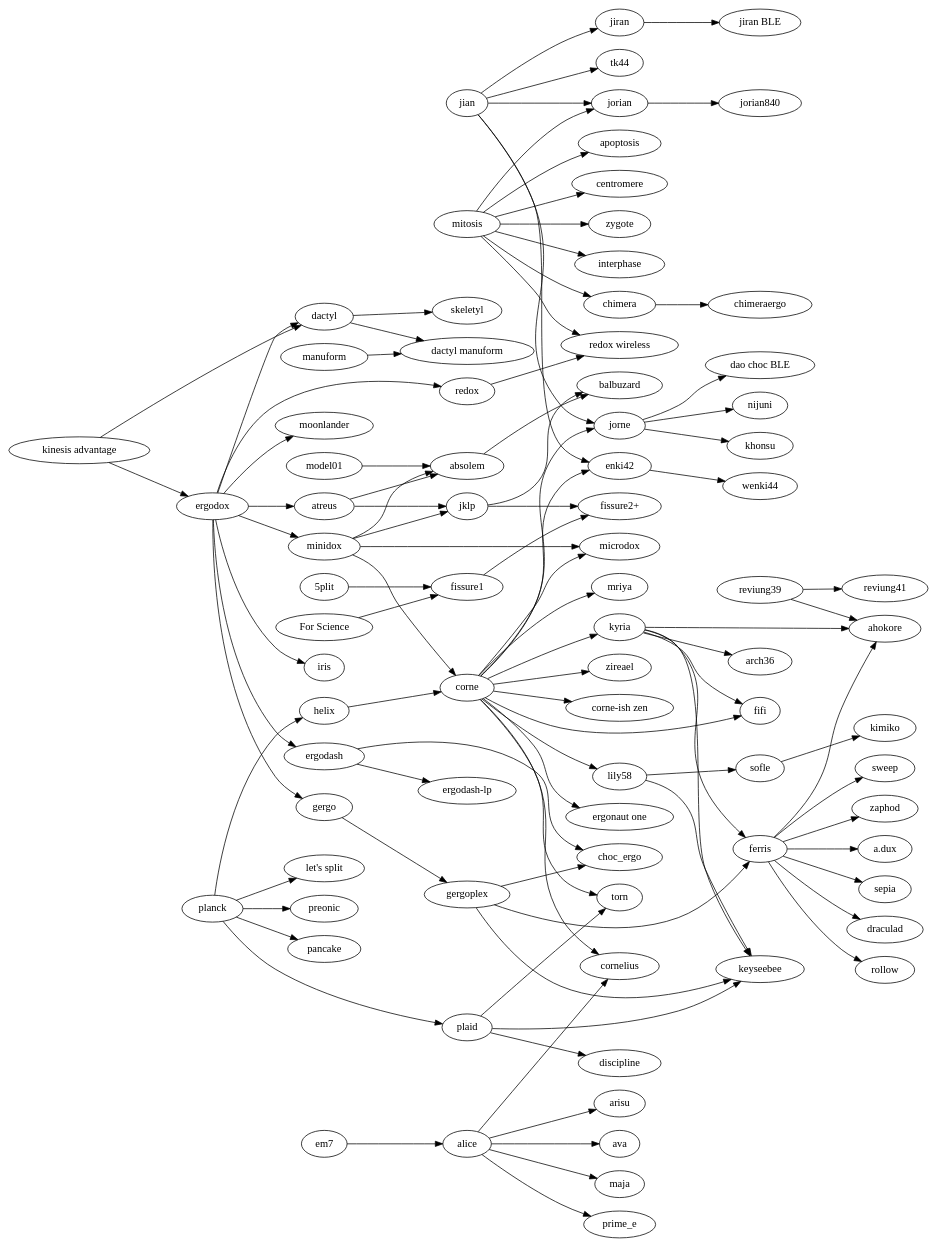
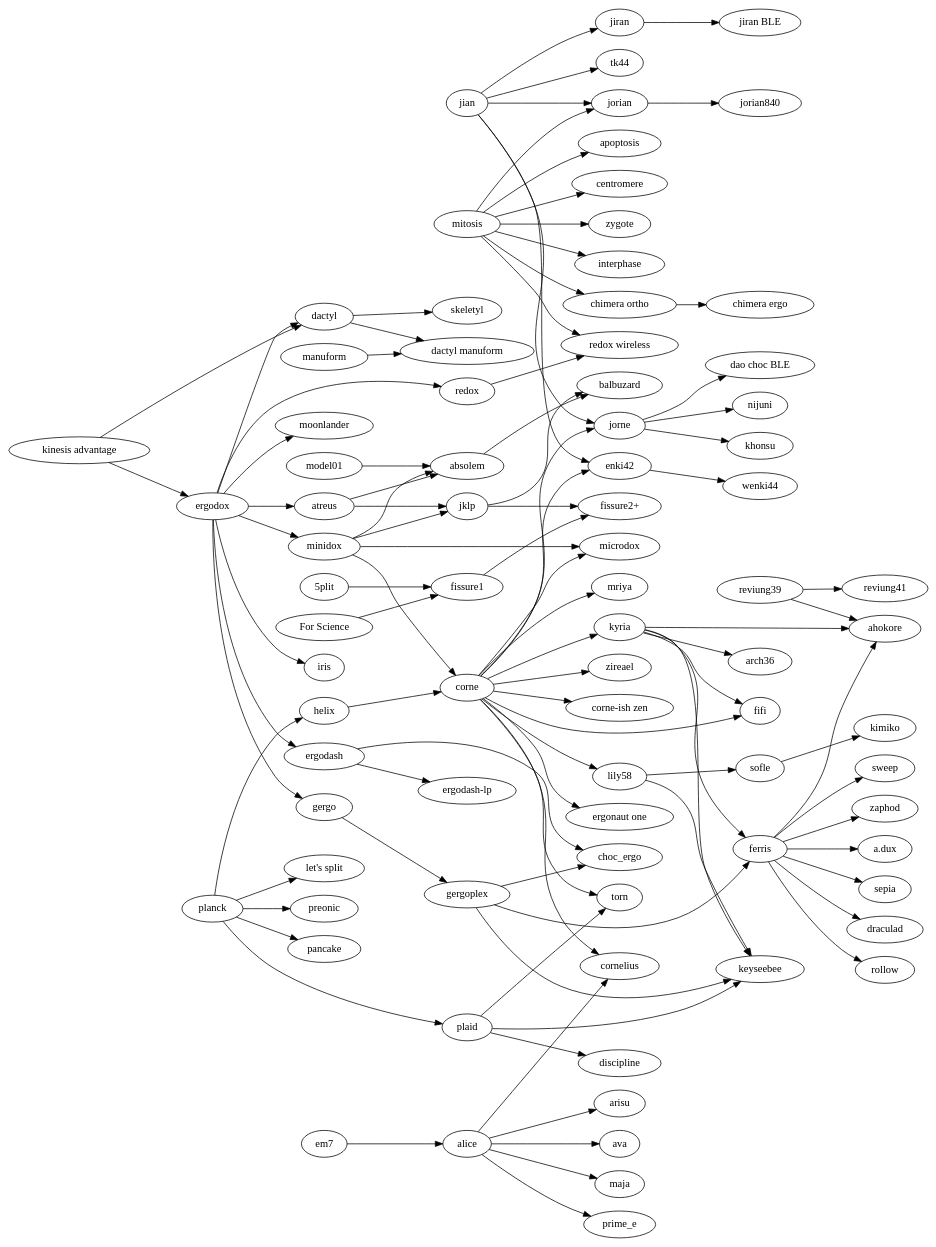
One commit to joric/graph changed the diagram in tree.gv. Above: the diagram before and after it, drawn with Graphviz.

```diff
--- a/tree.gv
+++ b/tree.gv
@@ -1,168 +1,168 @@
 digraph {
   rankdir=LR;
 
   subgraph splits {
     helix -> corne;
     enki42->wenki44;
     jiran->"jiran BLE";
     jorian->jorian840;
     redox->"redox wireless";
-    chimera->chimeraergo;
+    "chimera ortho"->"chimera ergo";
     em7->alice;
 
     jian -> {
       jorian;
       jorne;
       jiran;
       enki42;
       tk44;
     }
 
     jorne -> {
       nijuni;
       khonsu;
       "dao choc BLE";
     }
 
     mitosis -> {
       apoptosis;
       "redox wireless";
       centromere;
       zygote;
-      chimera;
+      "chimera ortho";
       interphase;
       jorian;
     }
 
     corne -> {
       "corne-ish zen";
       cornelius;
       fifi;
       kyria;
       lily58;
       microdox;
       torn;
       jorne;
       "ergonaut one";
       mriya;
       zireael;
       enki42;
     };
 
     lily58 -> {
       keyseebee;
       sofle;
     };
 
     kyria -> {
         ahokore;
         arch36;
         ferris;
         fifi;
         keyseebee;
     };
 
     "kinesis advantage" -> {
       ergodox;
       dactyl;
     };
 
     ergodox -> {
       atreus;
       dactyl;
       ergodash;
       gergo;
       iris;
       minidox;
       moonlander;
       redox;
     };
 
     ergodash -> {
       "ergodash-lp";
       choc_ergo;
     };
 
     gergo -> gergoplex;
     gergoplex -> {
       choc_ergo;
       ferris;
       keyseebee;
     };
 
     ferris -> {
       ahokore;
       sepia;
       draculad;
       rollow;
       sweep;
       zaphod;
       "a.dux";
     };
 
     manuform -> "dactyl manuform";
 
     minidox -> {
       absolem;
       corne;
       microdox;
       jklp;
     };
 
     model01 -> {
       absolem;
     };
 
     sofle -> kimiko;
 
     "5plit" -> "fissure1";
     "For Science" -> "fissure1";
     fissure1 -> "fissure2+";
     jklp -> "fissure2+";
   }
 
   subgraph unibody {
     atreus -> {
       absolem;
       jklp;
     };
     jklp -> balbuzard;
     absolem -> balbuzard;
     reviung39 -> {
       ahokore;
       reviung41;
     };
   };
 
   subgraph ortholinear {
     plaid -> {
       discipline;
       keyseebee;
       torn;
     };
     planck -> {
       helix;
       "let's split";
       plaid;
       preonic;
       pancake;
     };
   }
 
   subgraph {
     dactyl -> {
       "dactyl manuform";
       skeletyl;
     }
   }
 
   subgraph alicefamily {
     alice -> {
       arisu;
       ava;
       cornelius;
       maja;
       prime_e;
     }
   }
 }
```
